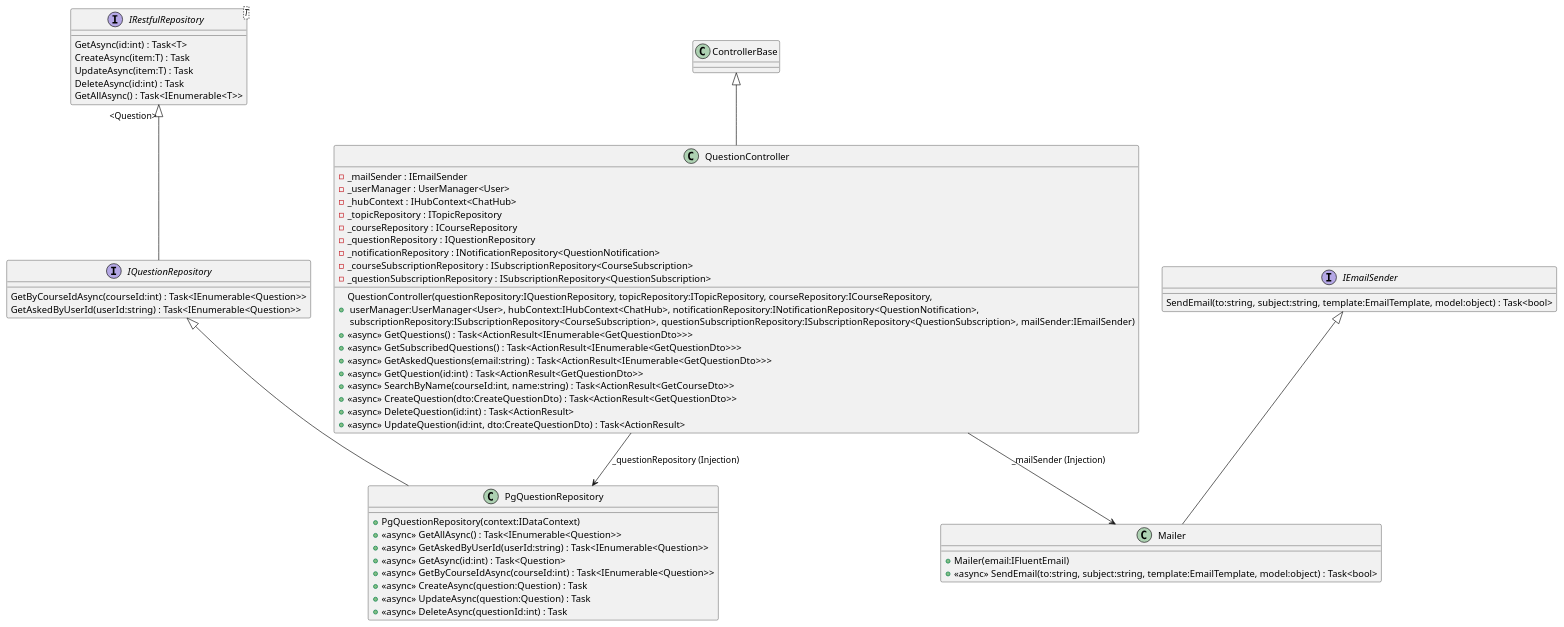
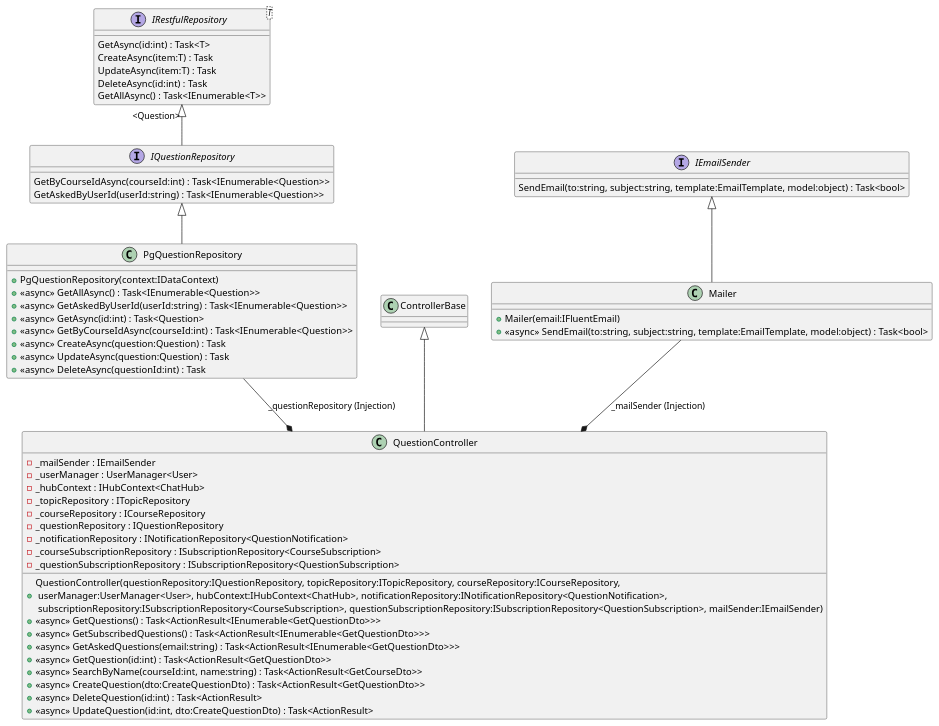
One commit to Singh-Kiran-P/StuNet changed the diagram in Diagrams/Class_Diagrams/New/ClassDiagram_Controller.puml. Above: the diagram before and after it, drawn with PlantUML. The commit also changed 23 other files, not shown here.

Commit message:
Diagrams export

```diff
--- a/Diagrams/Class_Diagrams/New/ClassDiagram_Controller.puml
+++ b/Diagrams/Class_Diagrams/New/ClassDiagram_Controller.puml
@@ -1,60 +1,60 @@
 @startuml
 class QuestionController {
     + QuestionController(questionRepository:IQuestionRepository, topicRepository:ITopicRepository, courseRepository:ICourseRepository,\n userManager:UserManager<User>, hubContext:IHubContext<ChatHub>, notificationRepository:INotificationRepository<QuestionNotification>,\n subscriptionRepository:ISubscriptionRepository<CourseSubscription>, questionSubscriptionRepository:ISubscriptionRepository<QuestionSubscription>, mailSender:IEmailSender)
     - _mailSender : IEmailSender
     - _userManager : UserManager<User>
     - _hubContext : IHubContext<ChatHub>
     - _topicRepository : ITopicRepository
     - _courseRepository : ICourseRepository
     - _questionRepository : IQuestionRepository
     - _notificationRepository : INotificationRepository<QuestionNotification>
     - _courseSubscriptionRepository : ISubscriptionRepository<CourseSubscription>
     - _questionSubscriptionRepository : ISubscriptionRepository<QuestionSubscription>
     + <<async>> GetQuestions() : Task<ActionResult<IEnumerable<GetQuestionDto>>>
     + <<async>> GetSubscribedQuestions() : Task<ActionResult<IEnumerable<GetQuestionDto>>>
     + <<async>> GetAskedQuestions(email:string) : Task<ActionResult<IEnumerable<GetQuestionDto>>>
     + <<async>> GetQuestion(id:int) : Task<ActionResult<GetQuestionDto>>
     + <<async>> SearchByName(courseId:int, name:string) : Task<ActionResult<GetCourseDto>>
     + <<async>> CreateQuestion(dto:CreateQuestionDto) : Task<ActionResult<GetQuestionDto>>
     + <<async>> DeleteQuestion(id:int) : Task<ActionResult>
     + <<async>> UpdateQuestion(id:int, dto:CreateQuestionDto) : Task<ActionResult>
 }
 ControllerBase <|-- QuestionController
-QuestionController --> PgQuestionRepository: _questionRepository (Injection)
-QuestionController --> Mailer: _mailSender (Injection)
+QuestionController *-u- PgQuestionRepository: _questionRepository (Injection)
+QuestionController *-u- Mailer: _mailSender (Injection)
 
 
 interface "IRestfulRepository"<T> {
     GetAsync(id:int) : Task<T>
     CreateAsync(item:T) : Task
     UpdateAsync(item:T) : Task
     DeleteAsync(id:int) : Task
     GetAllAsync() : Task<IEnumerable<T>>
 }
 interface IQuestionRepository {
     GetByCourseIdAsync(courseId:int) : Task<IEnumerable<Question>>
     GetAskedByUserId(userId:string) : Task<IEnumerable<Question>>
 }
 class PgQuestionRepository {
     + PgQuestionRepository(context:IDataContext)
     + <<async>> GetAllAsync() : Task<IEnumerable<Question>>
     + <<async>> GetAskedByUserId(userId:string) : Task<IEnumerable<Question>>
     + <<async>> GetAsync(id:int) : Task<Question>
     + <<async>> GetByCourseIdAsync(courseId:int) : Task<IEnumerable<Question>>
     + <<async>> CreateAsync(question:Question) : Task
     + <<async>> UpdateAsync(question:Question) : Task
     + <<async>> DeleteAsync(questionId:int) : Task
 }
 "IRestfulRepository" "<Question>" <|-- IQuestionRepository
 IQuestionRepository <|-- PgQuestionRepository
 
 interface IEmailSender {
     SendEmail(to:string, subject:string, template:EmailTemplate, model:object) : Task<bool>
 }
 class Mailer {
     + Mailer(email:IFluentEmail)
     + <<async>> SendEmail(to:string, subject:string, template:EmailTemplate, model:object) : Task<bool>
 }
 IEmailSender <|-- Mailer
 
 @enduml
```
